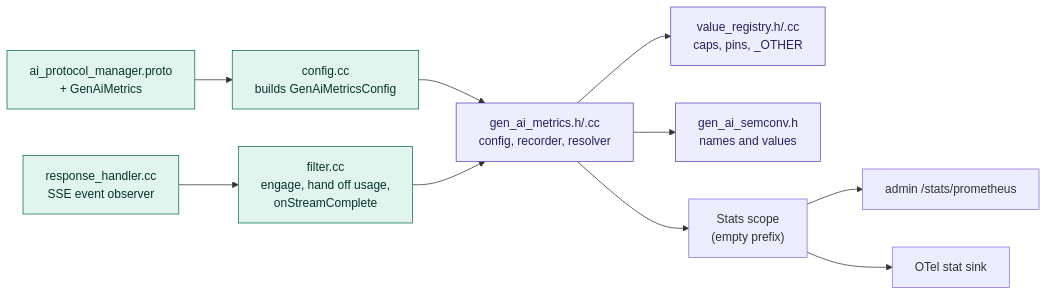
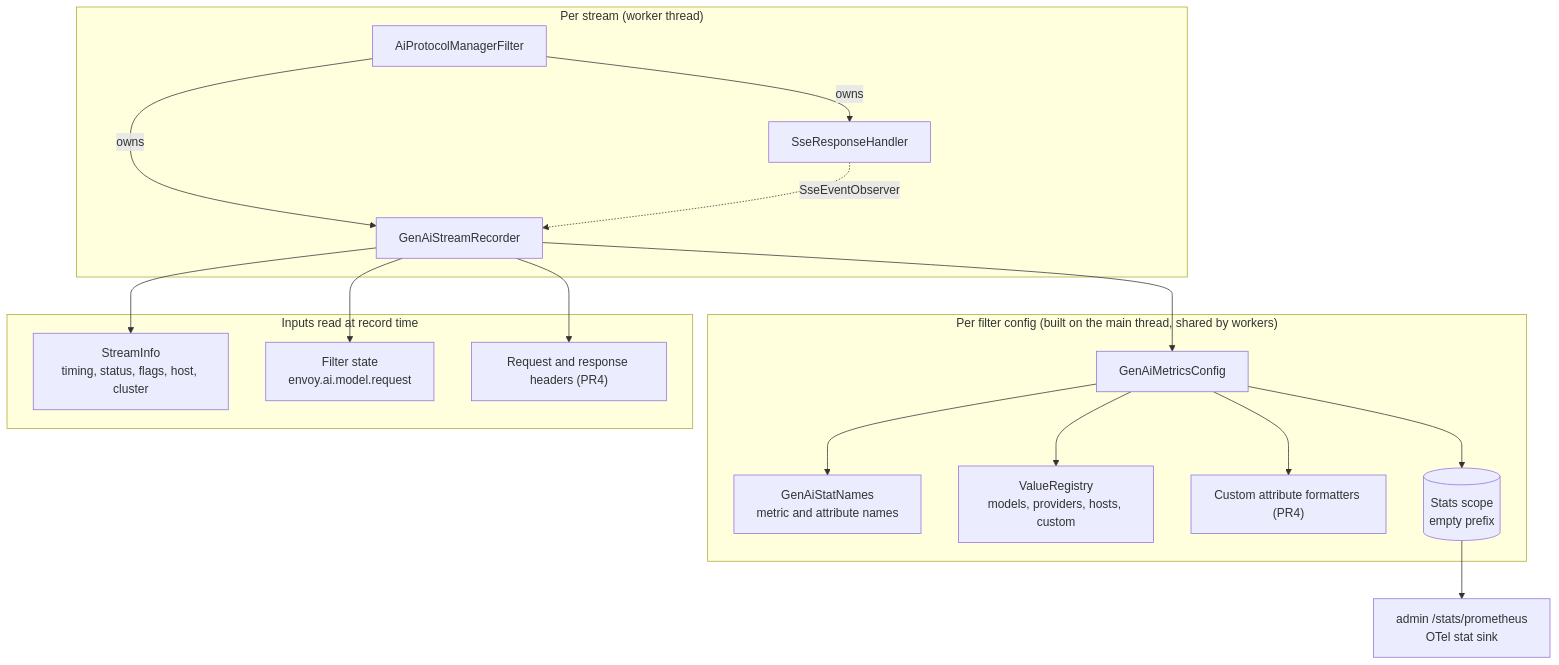
The first of 4 diagrams in source/docs/ai_gen_ai_semconv.md (botengyao/envoy), drawn with Mermaid before and after one commit. The commit also changed other lines of this file, not shown here.

Commit message:
ai_protocol_manager: detail GenAI metrics MVP and Phase 1 PR plan

````diff
--- a/source/docs/ai_gen_ai_semconv.md
+++ b/source/docs/ai_gen_ai_semconv.md
@@ -105,16 +105,32 @@
 ```mermaid
-flowchart LR
-  proto["ai_protocol_manager.proto<br/>+ GenAiMetrics"] --> config["config.cc<br/>builds GenAiMetricsConfig"]
-  config --> metrics
-  filter["filter.cc<br/>engage, hand off usage,<br/>onStreamComplete"] --> metrics["gen_ai_metrics.h/.cc<br/>config, recorder, resolver"]
-  handler["response_handler.cc<br/>SSE event observer"] --> filter
-  metrics --> registry["value_registry.h/.cc<br/>caps, pins, _OTHER"]
-  metrics --> semconv["gen_ai_semconv.h<br/>names and values"]
-  metrics --> scope["Stats scope<br/>(empty prefix)"]
-  scope --> prom["admin /stats/prometheus"]
-  scope --> sink["OTel stat sink"]
-  classDef added fill:#EEEDFE,stroke:#534AB7,color:#26215C
-  classDef changed fill:#E1F5EE,stroke:#0F6E56,color:#04342C
-  class metrics,registry,semconv added
-  class proto,config,filter,handler changed
+flowchart TB
+  subgraph shared["Per filter config (built on the main thread, shared by workers)"]
+    gmc["GenAiMetricsConfig"]
+    names["GenAiStatNames<br/>metric and attribute names"]
+    reg["ValueRegistry<br/>models, providers, hosts, custom"]
+    fmt["Custom attribute formatters (PR4)"]
+    scope[("Stats scope<br/>empty prefix")]
+    gmc --> names
+    gmc --> reg
+    gmc --> fmt
+    gmc --> scope
+  end
+  subgraph stream["Per stream (worker thread)"]
+    filter["AiProtocolManagerFilter"]
+    handler["SseResponseHandler"]
+    rec["GenAiStreamRecorder"]
+    filter -->|owns| handler
+    filter -->|owns| rec
+    handler -.->|SseEventObserver| rec
+  end
+  subgraph inputs["Inputs read at record time"]
+    si["StreamInfo<br/>timing, status, flags, host, cluster"]
+    fs["Filter state<br/>envoy.ai.model.request"]
+    hdr["Request and response headers (PR4)"]
+  end
+  rec --> gmc
+  rec --> si
+  rec --> fs
+  rec --> hdr
+  scope --> out["admin /stats/prometheus<br/>OTel stat sink"]
 ```
````
